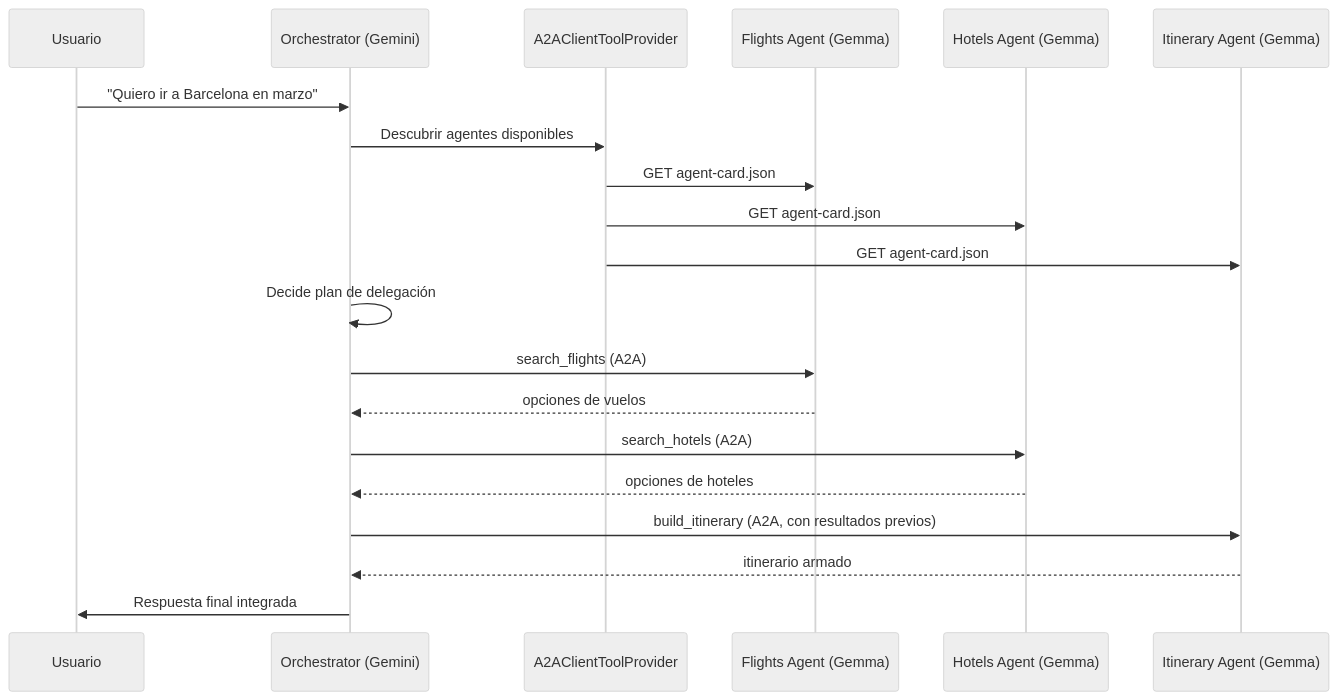
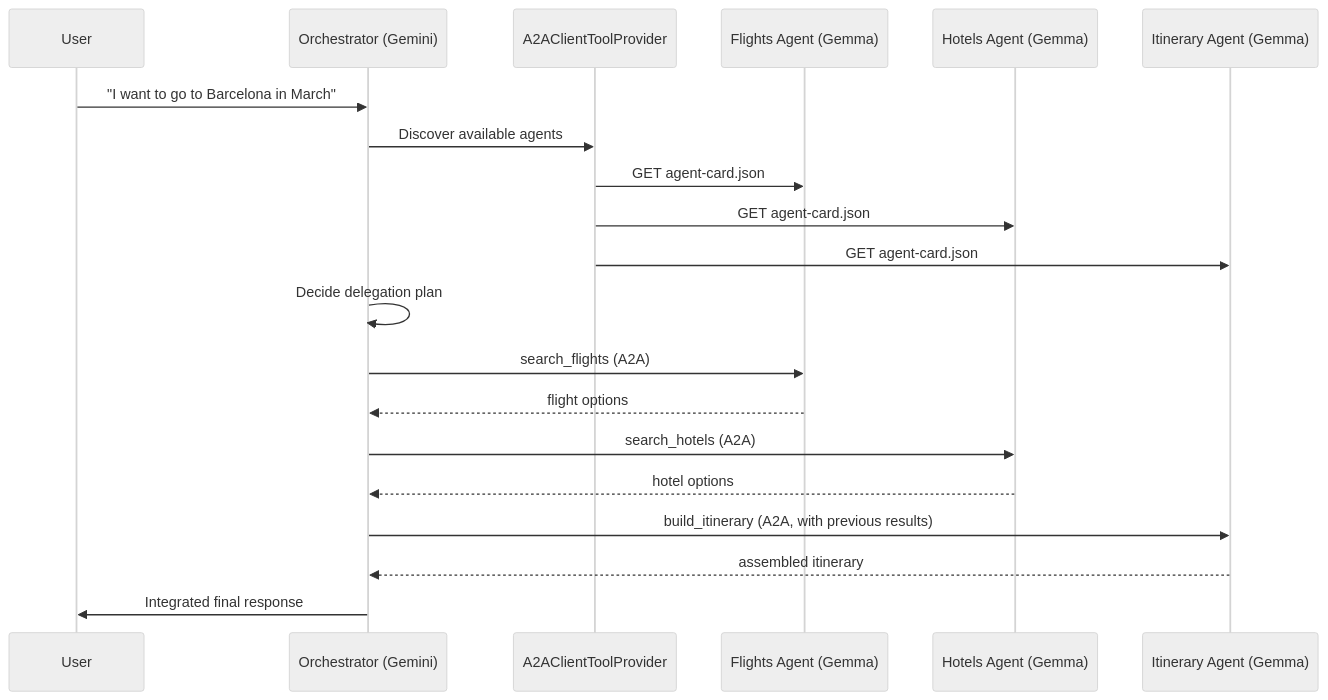
One commit to reinalau/strands-a2a-patterns changed the diagram in multi-agent-trip-planner/README.md. Above: the diagram before and after it, drawn with Mermaid (neutral theme).

Commit message:
version 1.0 version 1.0 strands-a2a-patterns

````diff
--- a/multi-agent-trip-planner/README.md
+++ b/multi-agent-trip-planner/README.md
@@ -72,25 +72,25 @@
 ```mermaid
 sequenceDiagram
-    participant U as Usuario
+    participant U as User
     participant O as Orchestrator (Gemini)
     participant P as A2AClientToolProvider
     participant F as Flights Agent (Gemma)
     participant H as Hotels Agent (Gemma)
     participant I as Itinerary Agent (Gemma)
 
-    U->>O: "Quiero ir a Barcelona en marzo"
-    O->>P: Descubrir agentes disponibles
+    U->>O: "I want to go to Barcelona in March"
+    O->>P: Discover available agents
     P->>F: GET agent-card.json
     P->>H: GET agent-card.json
     P->>I: GET agent-card.json
-    O->>O: Decide plan de delegación
+    O->>O: Decide delegation plan
 
     O->>F: search_flights (A2A)
-    F-->>O: opciones de vuelos
+    F-->>O: flight options
     O->>H: search_hotels (A2A)
-    H-->>O: opciones de hoteles
+    H-->>O: hotel options
 
-    O->>I: build_itinerary (A2A, con resultados previos)
-    I-->>O: itinerario armado
-    O->>U: Respuesta final integrada
+    O->>I: build_itinerary (A2A, with previous results)
+    I-->>O: assembled itinerary
+    O->>U: Integrated final response
 ```
````
